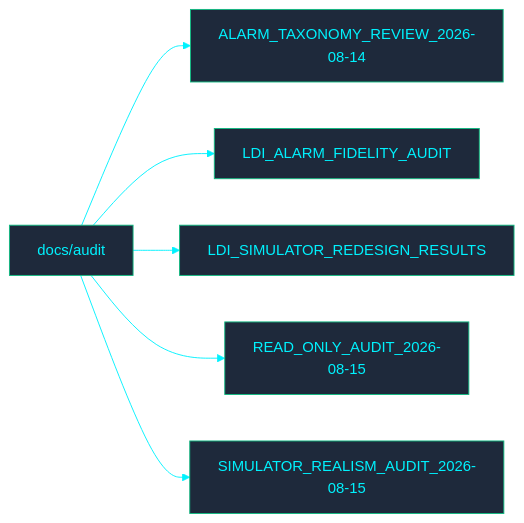
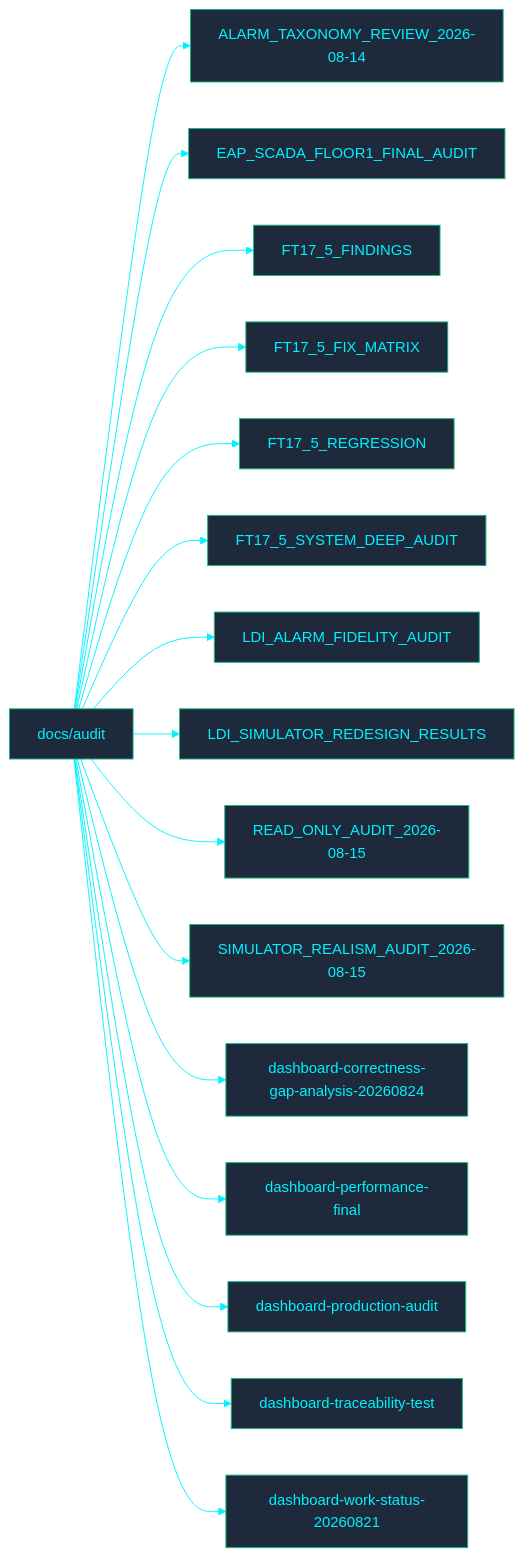
The diagram in docs/audit/README.md (PATTANAKORN025/IMS), drawn with Mermaid before and after one commit. The commit also changed other lines of this file and 246 other files, not shown here.

````diff
--- a/docs/audit/README.md
+++ b/docs/audit/README.md
@@ -14,10 +14,20 @@
 ```mermaid
 %%{init: {'theme': 'base', 'themeVariables': { 'primaryColor': '#1e293b', 'primaryTextColor': '#00F2FE', 'primaryBorderColor': '#10B981', 'lineColor': '#00F2FE', 'secondaryColor': '#0f172a', 'tertiaryColor': '#0f172a', 'clusterBkg': '#030407', 'clusterBorder': '#00F2FE'}}}%%
 flowchart LR
   ROOT["docs/audit"]
   ROOT --> F0["ALARM_TAXONOMY_REVIEW_2026-08-14"]
-  ROOT --> F1["LDI_ALARM_FIDELITY_AUDIT"]
-  ROOT --> F2["LDI_SIMULATOR_REDESIGN_RESULTS"]
-  ROOT --> F3["READ_ONLY_AUDIT_2026-08-15"]
-  ROOT --> F4["SIMULATOR_REALISM_AUDIT_2026-08-15"]
+  ROOT --> F1["EAP_SCADA_FLOOR1_FINAL_AUDIT"]
+  ROOT --> F2["FT17_5_FINDINGS"]
+  ROOT --> F3["FT17_5_FIX_MATRIX"]
+  ROOT --> F4["FT17_5_REGRESSION"]
+  ROOT --> F5["FT17_5_SYSTEM_DEEP_AUDIT"]
+  ROOT --> F6["LDI_ALARM_FIDELITY_AUDIT"]
+  ROOT --> F7["LDI_SIMULATOR_REDESIGN_RESULTS"]
+  ROOT --> F8["READ_ONLY_AUDIT_2026-08-15"]
+  ROOT --> F9["SIMULATOR_REALISM_AUDIT_2026-08-15"]
+  ROOT --> F10["dashboard-correctness-gap-analysis-20260824"]
+  ROOT --> F11["dashboard-performance-final"]
+  ROOT --> F12["dashboard-production-audit"]
+  ROOT --> F13["dashboard-traceability-test"]
+  ROOT --> F14["dashboard-work-status-20260821"]
 ```
````
